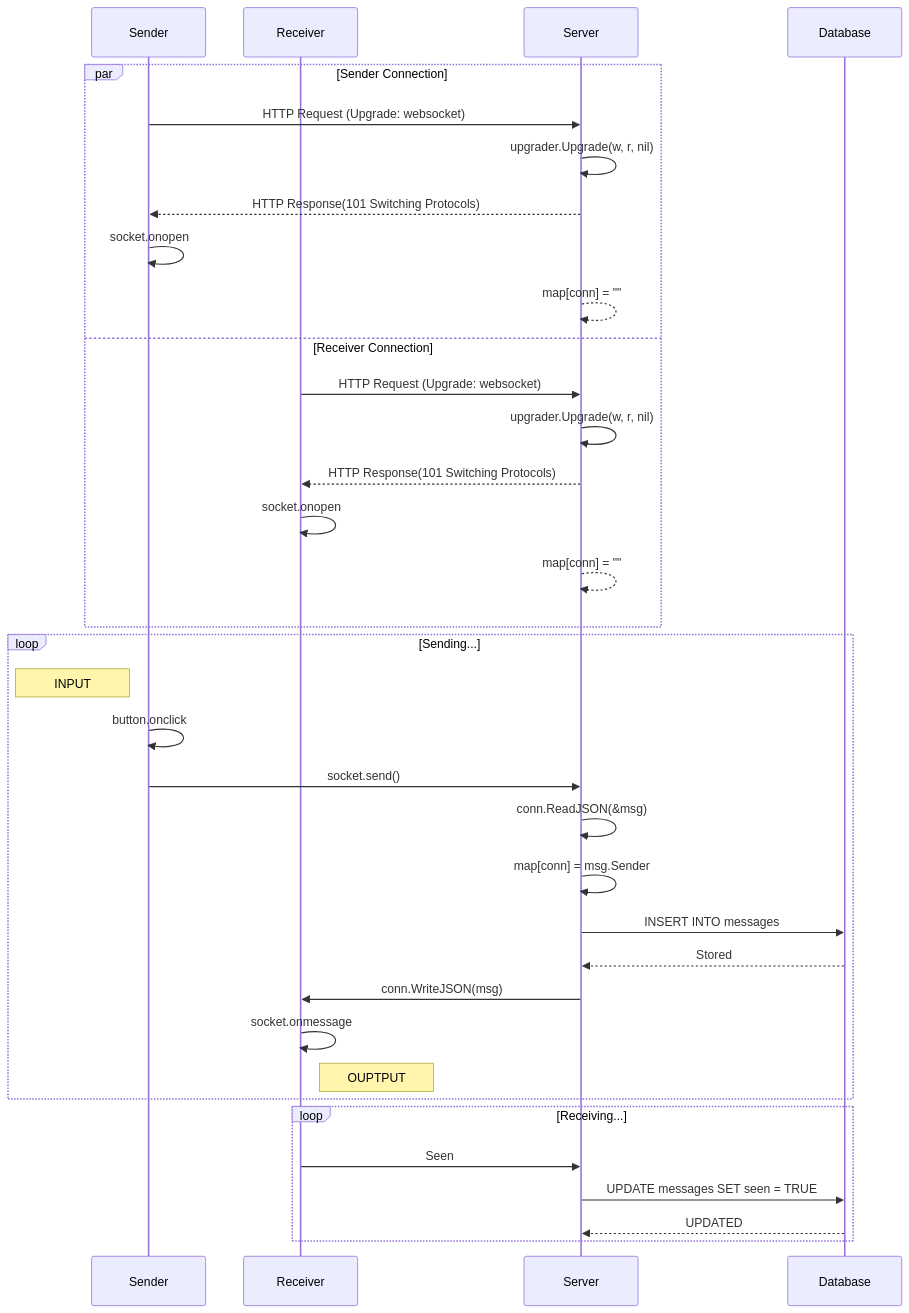
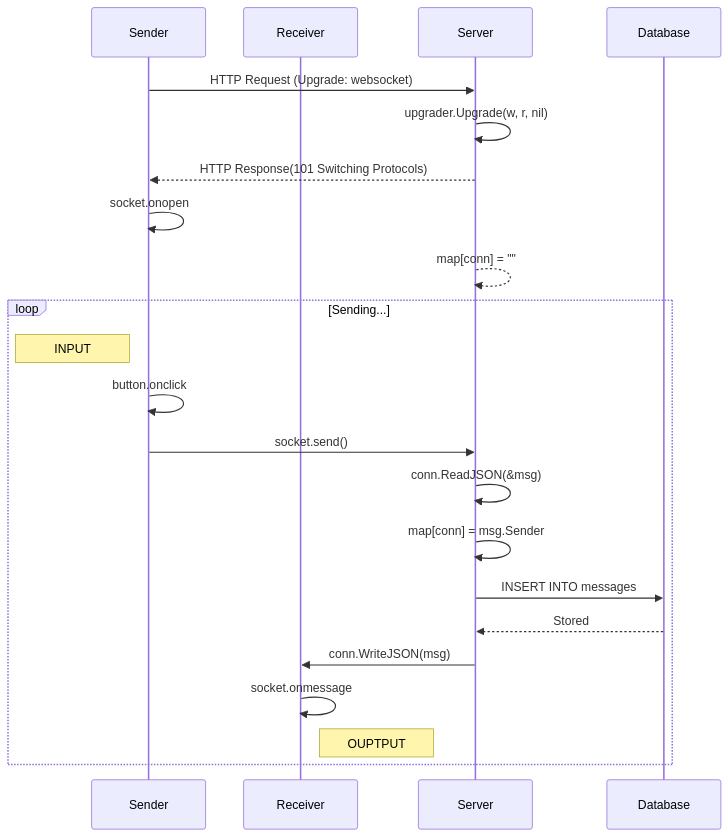
Before and after one commit to mamadbah2/social-network: the eighth of 10 diagrams in README.md, drawn with Mermaid. The commit also changed other lines of this file and 6 other files, not shown here.

````diff
--- a/README.md
+++ b/README.md
@@ -397,40 +397,26 @@
 ```mermaid
 sequenceDiagram
     Participant Sender
     Participant Receiver
     Participant Server
     Participant Database
 
-    par Sender Connection
-        Sender ->> Server: HTTP Request (Upgrade: websocket)
-        Server ->> Server: upgrader.Upgrade(w, r, nil)
-        Server -->> Sender: HTTP Response(101 Switching Protocols)
-        Sender ->> Sender: socket.onopen
-        Server -->> Server: map[conn] = ""
-    and Receiver Connection
-        Receiver ->> Server: HTTP Request (Upgrade: websocket)
-        Server ->> Server: upgrader.Upgrade(w, r, nil)
-        Server -->> Receiver: HTTP Response(101 Switching Protocols)
-        Receiver ->> Receiver: socket.onopen
-        Server -->> Server: map[conn] = ""
-    end
+    Sender ->> Server: HTTP Request (Upgrade: websocket)
+    Server ->> Server: upgrader.Upgrade(w, r, nil)
+    Server -->> Sender: HTTP Response(101 Switching Protocols)
+    Sender ->> Sender: socket.onopen
+    Server -->> Server: map[conn] = ""
 
     loop Sending...
         Note left of Sender: INPUT
         Sender ->> Sender: button.onclick
         Sender ->> Server: socket.send()
        Server ->> Server: conn.ReadJSON(&msg)
         Server ->> Server: map[conn] = msg.Sender
         Server ->> Database: INSERT INTO messages
         Database -->> Server: Stored
         Server ->> Receiver: conn.WriteJSON(msg)
        Receiver ->> Receiver: socket.onmessage
         Note right of Receiver: OUPTPUT
     end
-
-    loop Receiving...
-        Receiver ->> Server: Seen
-        Server ->> Database: UPDATE messages SET seen = TRUE
-        Database -->> Server: UPDATED
-    end
 ```
````
